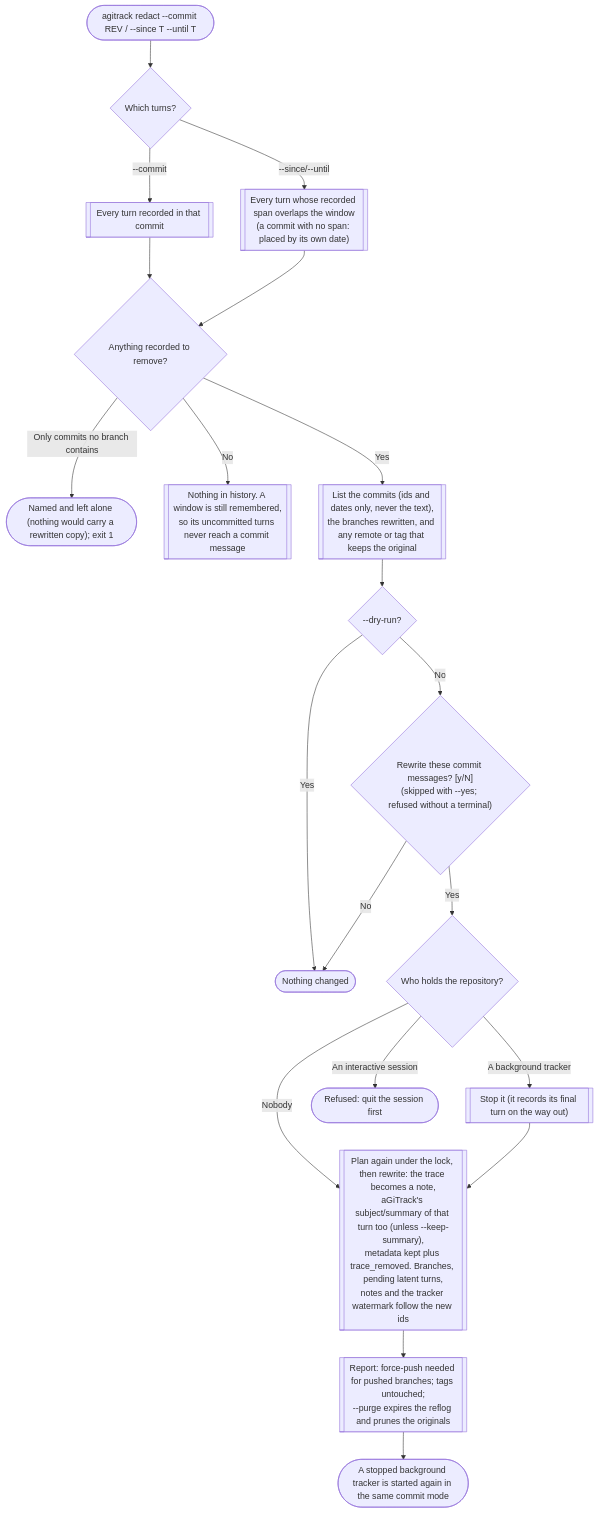
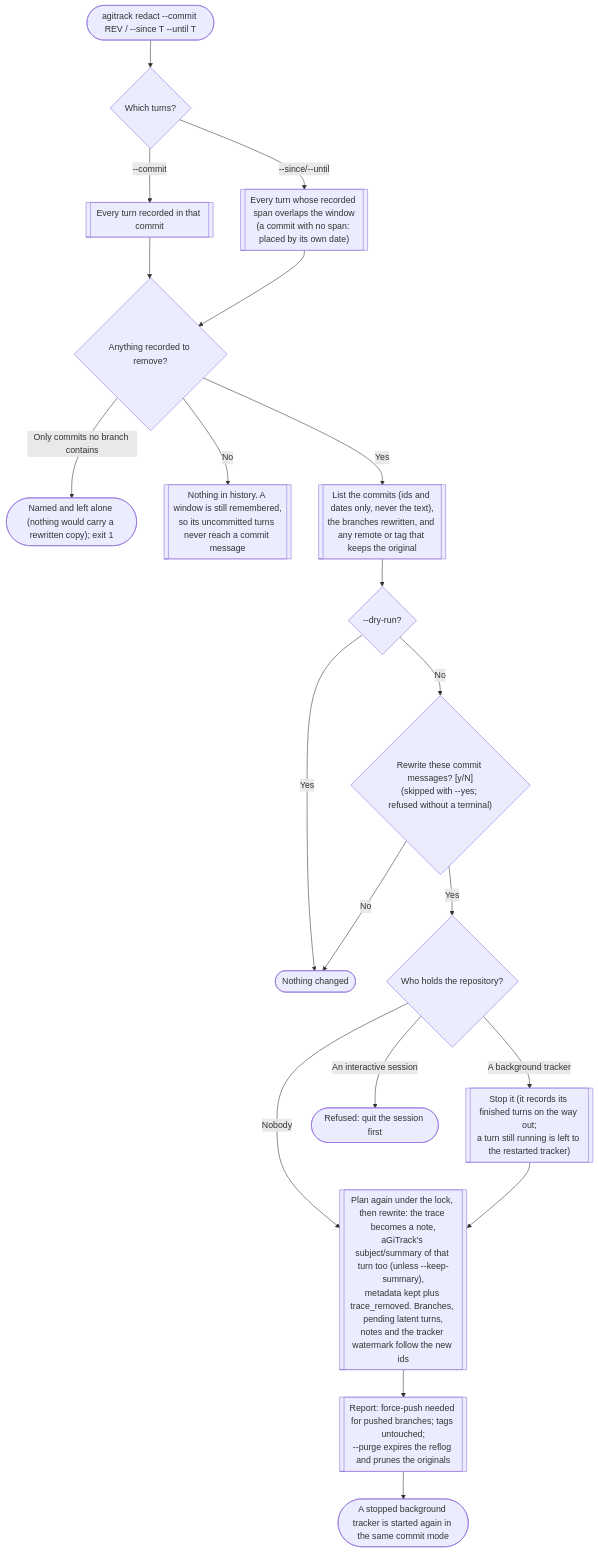
Before and after one commit to core-aix/agitrack: diagram 15 of 23 in docs/user-flow.md, drawn with Mermaid. The commit also changed other lines of this file and 14 other files, not shown here.

````diff
--- a/docs/user-flow.md
+++ b/docs/user-flow.md
@@ -707,22 +710,22 @@
 ```mermaid
 flowchart TD
   cmd(["agitrack redact --commit REV / --since T --until T"]) --> sel{"Which turns?"}
   sel -->|"--commit"| all[["Every turn recorded in that commit"]]
   sel -->|"--since/--until"| win[["Every turn whose recorded span overlaps the window<br/>(a commit with no span: placed by its own date)"]]
   all --> any{"Anything recorded to remove?"}
   win --> any
   any -->|"Only commits no branch contains"| orphan(["Named and left alone (nothing would carry a rewritten copy); exit 1"])
   any -->|No| remember[["Nothing in history. A window is still remembered,<br/>so its uncommitted turns never reach a commit message"]]
   any -->|Yes| show[["List the commits (ids and dates only, never the text),<br/>the branches rewritten, and any remote or tag that keeps the original"]]
   show --> dry{"--dry-run?"}
   dry -->|Yes| done0(["Nothing changed"])
   dry -->|No| ask{"Rewrite these commit messages? [y/N]<br/>(skipped with --yes; refused without a terminal)"}
   ask -->|No| done0
   ask -->|Yes| lock{"Who holds the repository?"}
   lock -->|"Nobody"| rewrite
-  lock -->|"A background tracker"| pause[["Stop it (it records its final turn on the way out)"]] --> rewrite
+  lock -->|"A background tracker"| pause[["Stop it (it records its finished turns on the way out;<br/>a turn still running is left to the restarted tracker)"]] --> rewrite
   lock -->|"An interactive session"| refuse(["Refused: quit the session first"])
   rewrite[["Plan again under the lock, then rewrite: the trace becomes a note,<br/>aGiTrack's subject/summary of that turn too (unless --keep-summary),<br/>metadata kept plus trace_removed. Branches, pending latent turns,<br/>notes and the tracker watermark follow the new ids"]]
   rewrite --> report[["Report: force-push needed for pushed branches; tags untouched;<br/>--purge expires the reflog and prunes the originals"]]
   report --> restart(["A stopped background tracker is started again in the same commit mode"])
 ```
````
